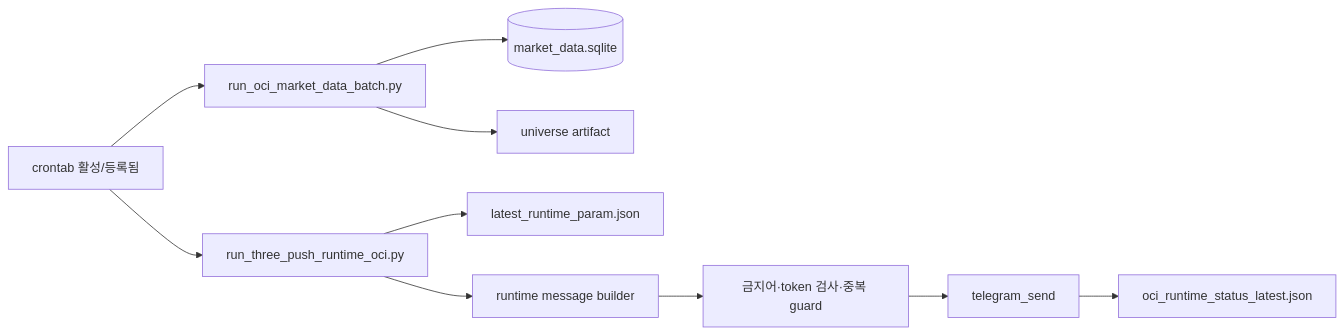
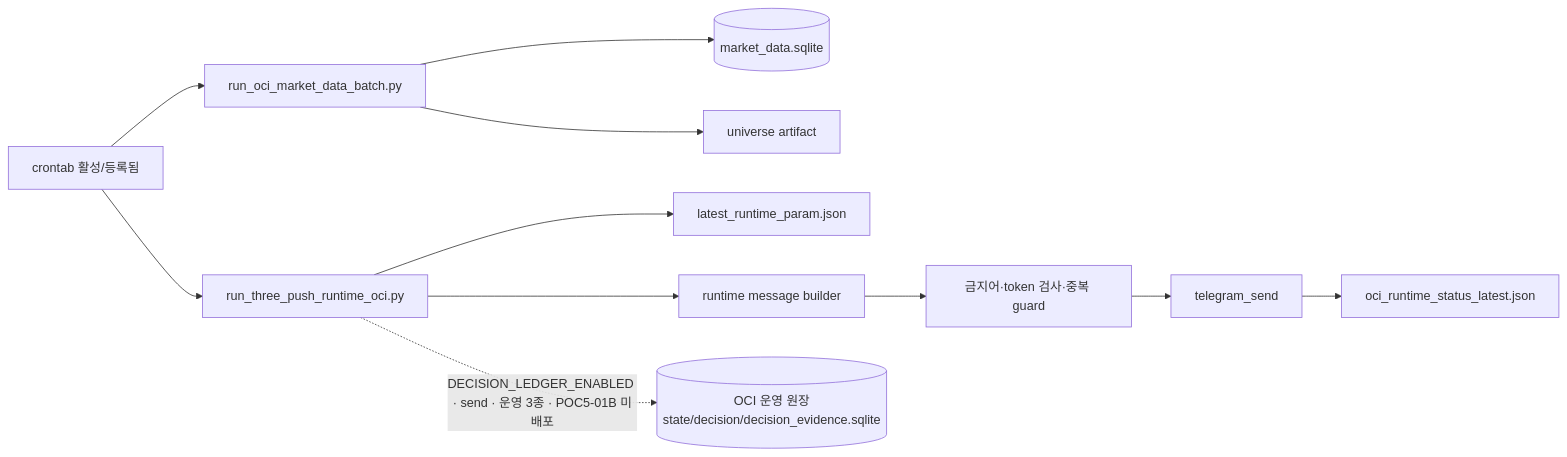
Before and after one commit to KevinKim-KOR/krx_hyungsoo: the third of 3 diagrams in docs/PROGRAM_TRUTH.md, drawn with Mermaid. The commit also changed other lines of this file and 31 other files, not shown here.

````diff
--- a/docs/PROGRAM_TRUTH.md
+++ b/docs/PROGRAM_TRUTH.md
@@ -313,12 +318,13 @@
 ```mermaid
 flowchart LR
   CR[crontab 활성/등록됨] --> B1[run_oci_market_data_batch.py]
   B1 --> DB[(market_data.sqlite)]
   B1 --> ART[universe artifact]
   CR --> R1[run_three_push_runtime_oci.py]
   R1 --> P[latest_runtime_param.json]
   R1 --> M[runtime message builder]
   M --> G[금지어·token 검사·중복 guard]
   G --> TG[telegram_send]
   TG --> LOG[oci_runtime_status_latest.json]
+  R1 -.->|DECISION_LEDGER_ENABLED · send · 운영 3종 · POC5-01B 미배포| LED[(OCI 운영 원장\nstate/decision/decision_evidence.sqlite)]
 ```
````
